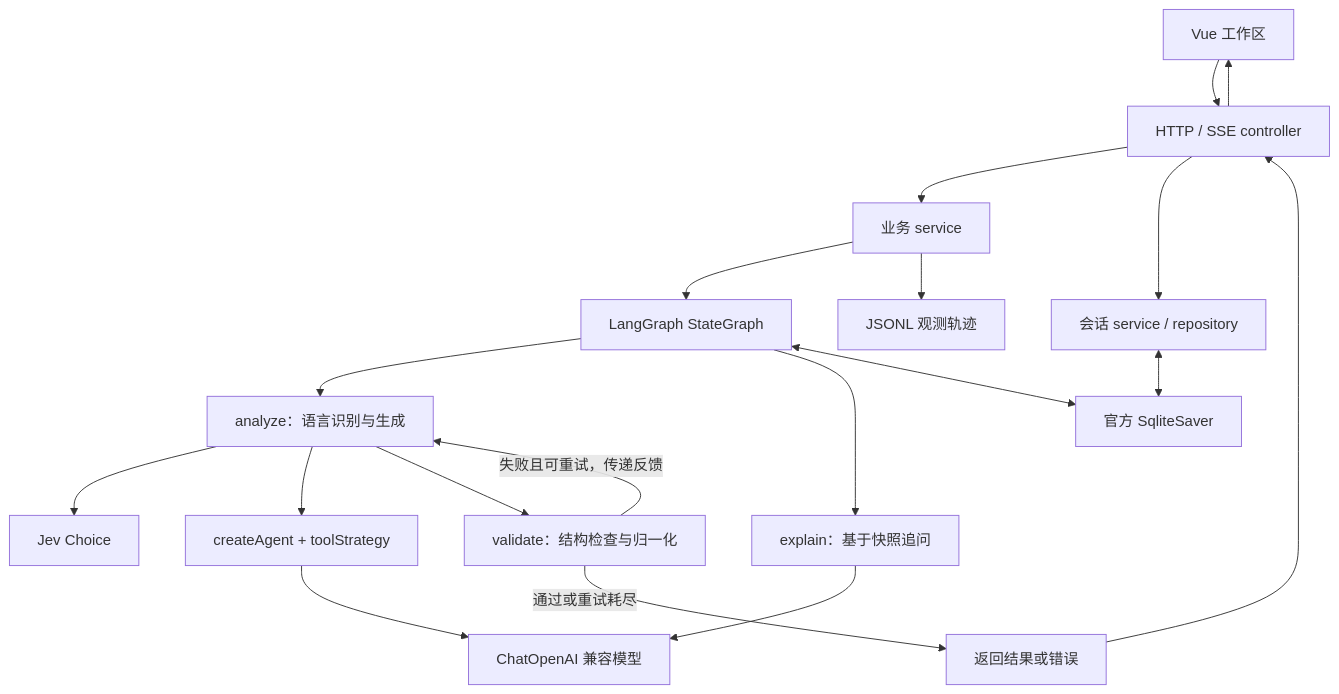
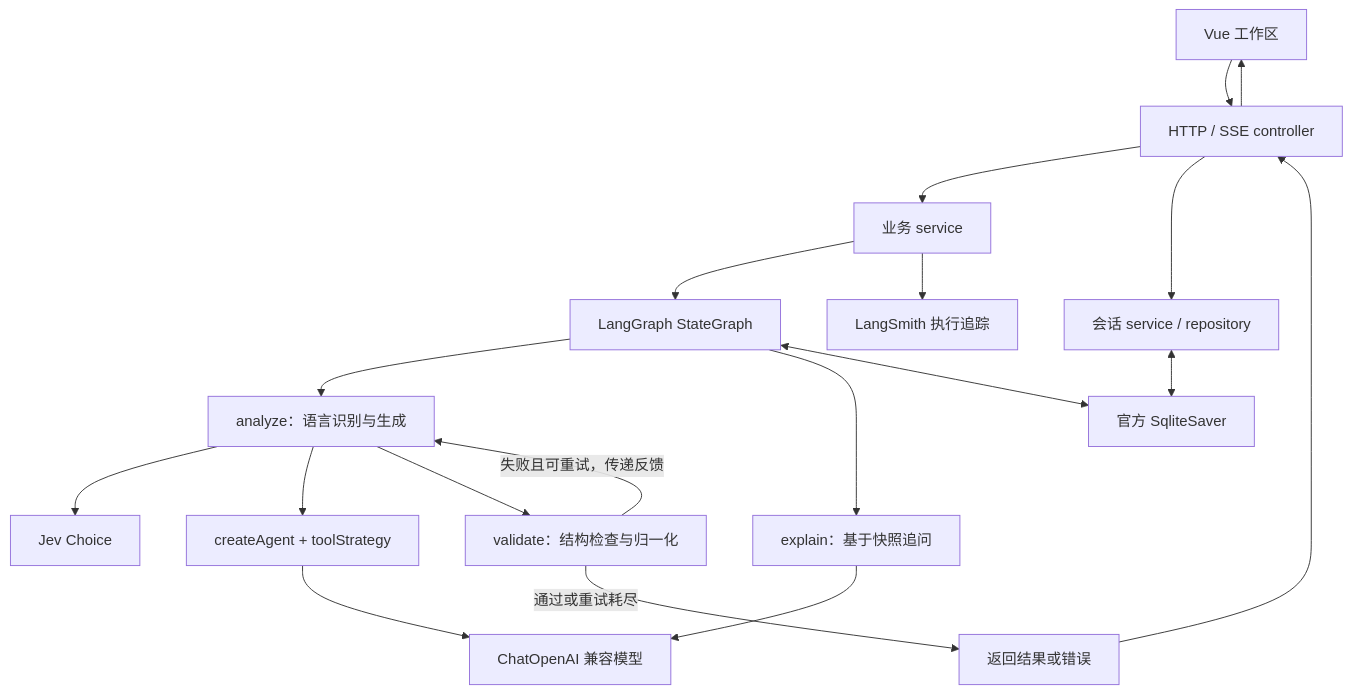
Before and after one commit to LovroMance/code2flow: the diagram in docs/architecture.md, drawn with Mermaid. The commit also changed other lines of this file and 50 other files, not shown here.

````diff
--- a/docs/architecture.md
+++ b/docs/architecture.md
@@ -13,21 +13,21 @@
 ```mermaid
 flowchart TD
     UI[Vue 工作区] --> API[HTTP / SSE controller]
     API --> Service[业务 service]
     Service --> Graph[LangGraph StateGraph]
     Graph --> Analyze[analyze：语言识别与生成]
     Analyze --> Jev[Jev Choice]
     Analyze --> Agent[createAgent + toolStrategy]
     Agent --> Model[ChatOpenAI 兼容模型]
     Analyze --> Validate[validate：结构检查与归一化]
     Validate -->|失败且可重试，传递反馈| Analyze
     Validate -->|通过或重试耗尽| Result[返回结果或错误]
     Graph --> Explain[explain：基于快照追问]
     Explain --> Model
     Graph <--> Saver[官方 SqliteSaver]
-    Service --> Trace[JSONL 观测轨迹]
+    Service --> Trace[LangSmith 执行追踪]
     API --> Sessions[会话 service / repository]
     Sessions <--> Saver
     Result --> API
     API --> UI
 ```
````
